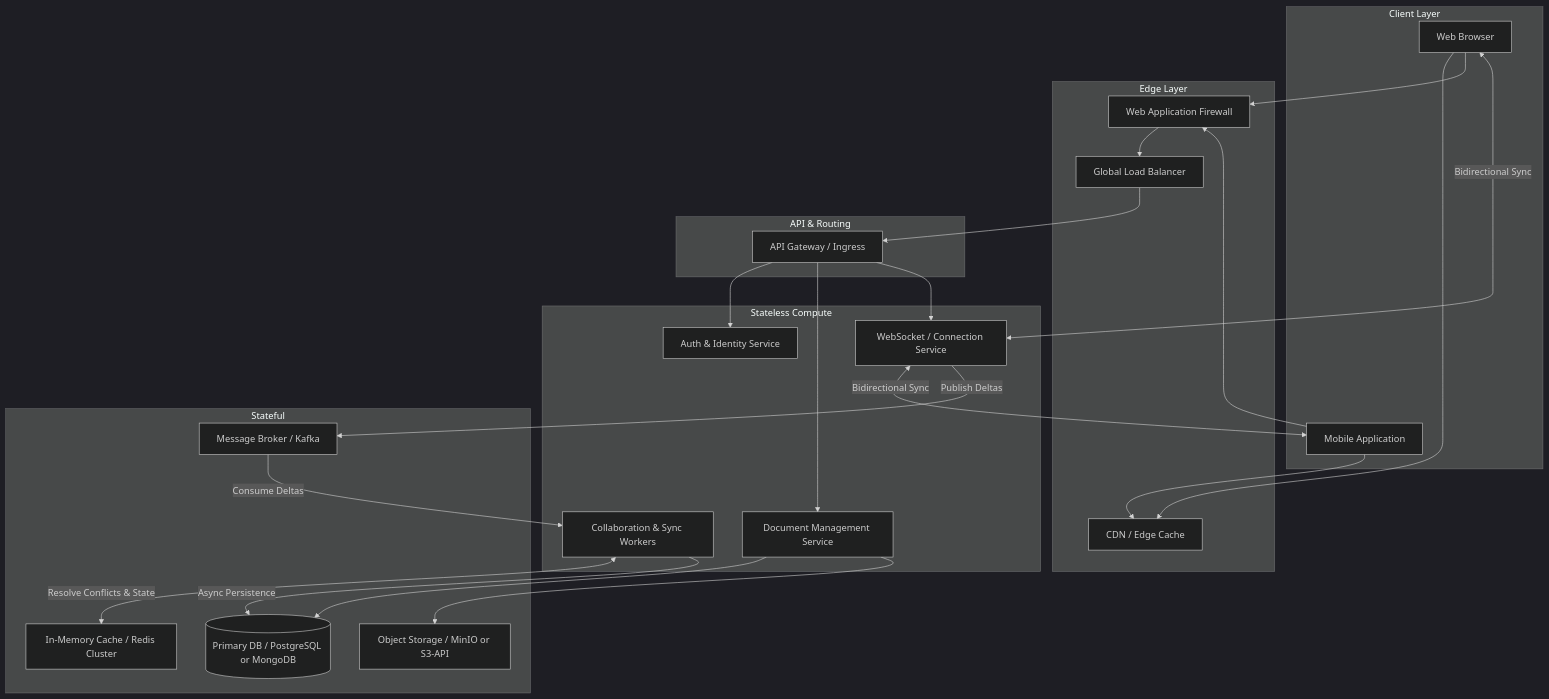
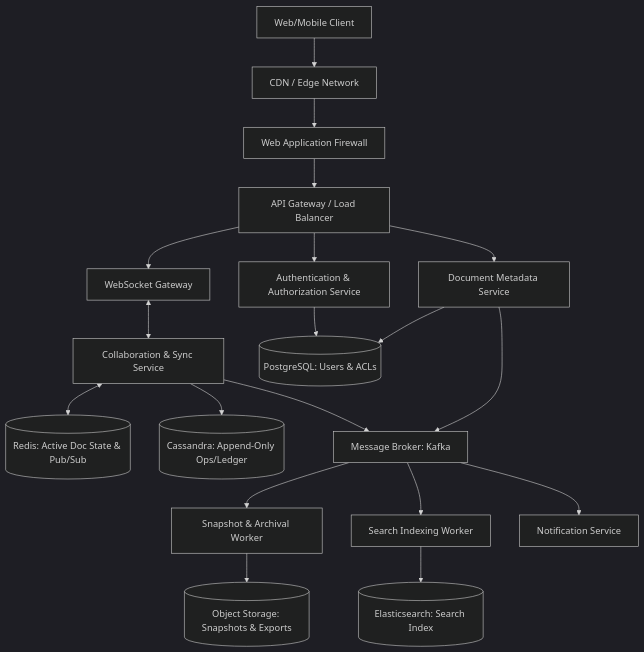
Before and after one commit to AdrianTorjKobza/System_Design: the diagram in Design_Google_Docs.md, drawn with Mermaid (dark theme). The commit also changed other lines of this file, not shown here.

````diff
--- a/Design_Google_Docs.md
+++ b/Design_Google_Docs.md
@@ -8,52 +8,32 @@
 ```mermaid
-flowchart TD
-    subgraph Client Layer
-        Web[Web Browser]
-        Mobile[Mobile Application]
-    end
+graph TD
+    %% User Edge
+    Client[Web/Mobile Client] --> CDN[CDN / Edge Network]
+    CDN --> WAF[Web Application Firewall]
+    WAF --> APIGW[API Gateway / Load Balancer]
 
-    subgraph Edge Layer
-        CDN[CDN / Edge Cache]
-        WAF[Web Application Firewall]
-        LB[Global Load Balancer]
-    end
+    %% Synchronous Services
+    APIGW --> Auth[Authentication & Authorization Service]
+    APIGW --> DocAPI[Document Metadata Service]
+    APIGW --> WSG[WebSocket Gateway]
 
-    subgraph API & Routing
-        API_GW[API Gateway / Ingress]
-    end
+    %% Real-time Collaboration Core
+    WSG <--> Collab[Collaboration & Sync Service]
+    Collab <--> Redis[(Redis: Active Doc State & Pub/Sub)]
+    Collab --> OpsDB[(Cassandra: Append-Only Ops/Ledger)]
+    
+    %% Async Event Driven Core
+    Collab --> Kafka[Message Broker: Kafka]
+    DocAPI --> Kafka
 
-    subgraph Microservices [Stateless Compute]
-        Auth[Auth & Identity Service]
-        DocMan[Document Management Service]
-        WS[WebSocket / Connection Service]
-        Collab[Collaboration & Sync Workers]
-    end
+    %% Background Workers
+    Kafka --> SnapshotWorker[Snapshot & Archival Worker]
+    Kafka --> SearchIndexer[Search Indexing Worker]
+    Kafka --> NotificationWorker[Notification Service]
 
-    subgraph Data & Messaging Layer [Stateful]
-        Kafka[Message Broker / Kafka]
-        Redis[In-Memory Cache / Redis Cluster]
-        DB[(Primary DB / PostgreSQL or MongoDB)]
-        Blob[Object Storage / MinIO or S3-API]
-    end
-
-    Web & Mobile --> CDN
-    Web & Mobile --> WAF
-    WAF --> LB
-    LB --> API_GW
-
-    API_GW --> Auth
-    API_GW --> DocMan
-    API_GW --> WS
-
-    WS <-->|Bidirectional Sync| Web
-    WS <-->|Bidirectional Sync| Mobile
-
-    WS -->|Publish Deltas| Kafka
-    Kafka -->|Consume Deltas| Collab
-
-    Collab <-->|Resolve Conflicts & State| Redis
-    Collab -->|Async Persistence| DB
-    
-    DocMan --> DB
-    DocMan --> Blob
+    %% Persistence Layer
+    Auth --> RDBMS[(PostgreSQL: Users & ACLs)]
+    DocAPI --> RDBMS
+    SearchIndexer --> Elastic[(Elasticsearch: Search Index)]
+    SnapshotWorker --> Blob[(Object Storage: Snapshots & Exports)]
 ```
````
